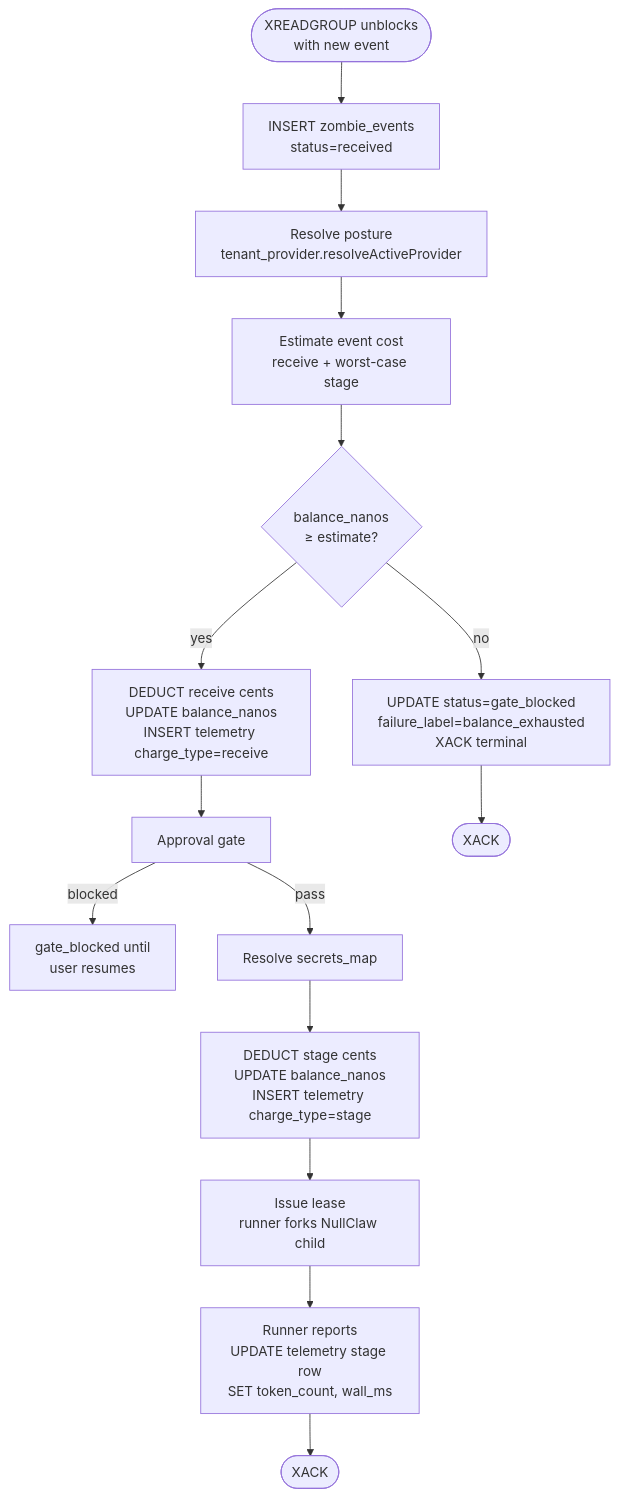
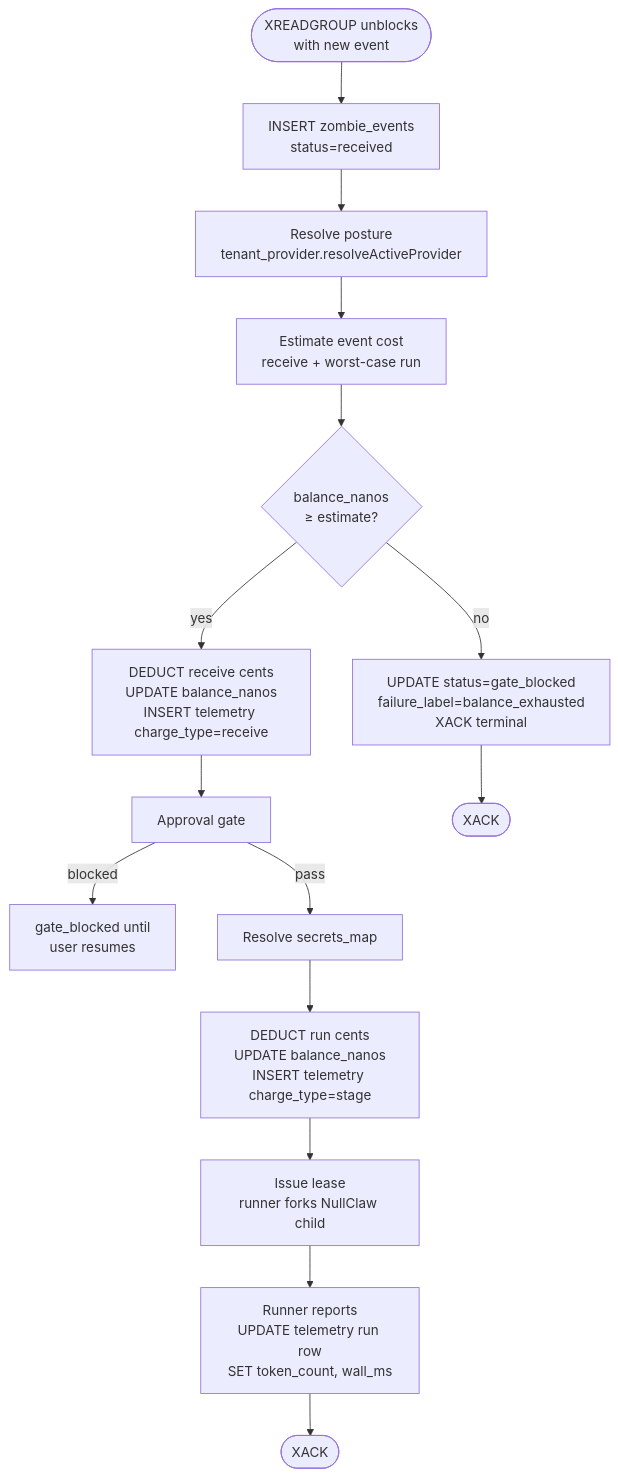
One commit to usezombie/usezombie changed the diagram in docs/architecture/scenarios/03_balance_gate.md. Above: the diagram before and after it, drawn with Mermaid. The commit also changed other lines of this file and 14 other files, not shown here.

First line of the commit message:
docs(m80_010): rename stage→run vocabulary in architecture + UZ-EXEC-002

````diff
--- a/docs/architecture/scenarios/03_balance_gate.md
+++ b/docs/architecture/scenarios/03_balance_gate.md
@@ -9,17 +9,17 @@
 ```mermaid
 flowchart TD
     Start([XREADGROUP unblocks<br/>with new event]) --> Insert[INSERT zombie_events<br/>status=received]
     Insert --> Resolve[Resolve posture<br/>tenant_provider.resolveActiveProvider]
-    Resolve --> Estimate[Estimate event cost<br/>receive + worst-case stage]
+    Resolve --> Estimate[Estimate event cost<br/>receive + worst-case run]
     Estimate --> Gate{balance_nanos<br/>≥ estimate?}
     Gate -->|no| Block[UPDATE status=gate_blocked<br/>failure_label=balance_exhausted<br/>XACK terminal]
     Gate -->|yes| RDeduct[DEDUCT receive cents<br/>UPDATE balance_nanos<br/>INSERT telemetry charge_type=receive]
     RDeduct --> Approve[Approval gate]
     Approve -->|blocked| Wait[gate_blocked until<br/>user resumes]
     Approve -->|pass| Secrets[Resolve secrets_map]
-    Secrets --> SDeduct[DEDUCT stage cents<br/>UPDATE balance_nanos<br/>INSERT telemetry charge_type=stage]
+    Secrets --> SDeduct[DEDUCT run cents<br/>UPDATE balance_nanos<br/>INSERT telemetry charge_type=stage]
     SDeduct --> Exec[Issue lease<br/>runner forks NullClaw child]
-    Exec --> Result[Runner reports<br/>UPDATE telemetry stage row<br/>SET token_count, wall_ms]
+    Exec --> Result[Runner reports<br/>UPDATE telemetry run row<br/>SET token_count, wall_ms]
     Result --> End([XACK])
     Block --> EndBlocked([XACK])
 ```
````
